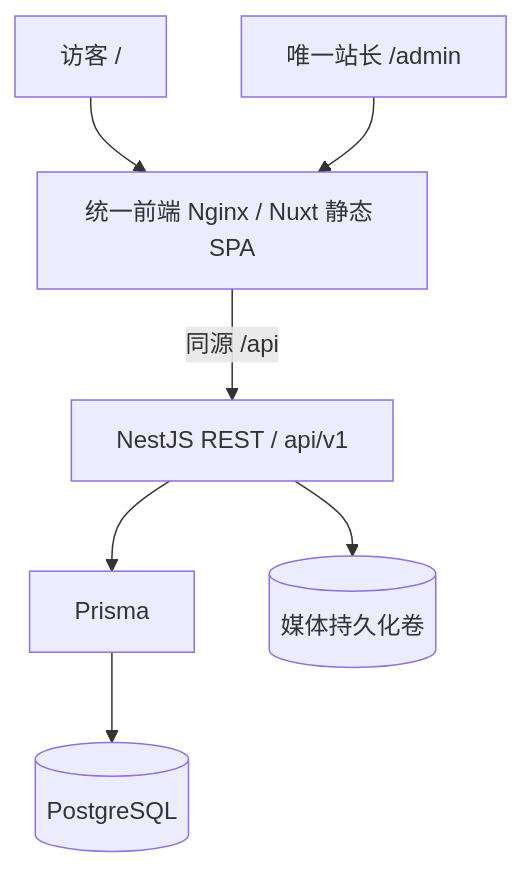
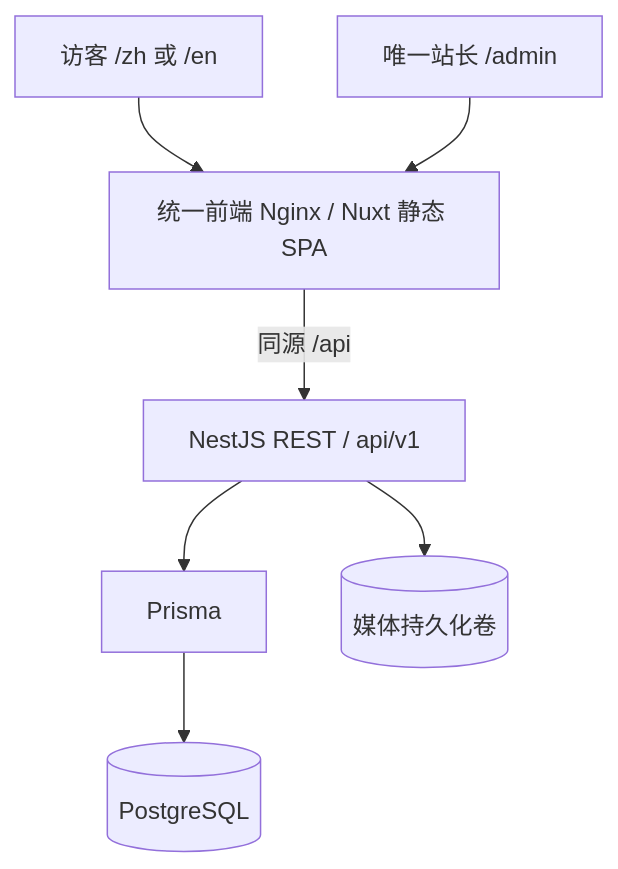
The diagram in docs/architecture.md (ahricool/cool), drawn with Mermaid before and after one commit. The commit also changed other lines of this file and 90 other files, not shown here.

````diff
--- a/docs/architecture.md
+++ b/docs/architecture.md
@@ -3,9 +3,9 @@
 ```mermaid
 flowchart TB
-  Visitor[访客 /] --> Frontend[统一前端 Nginx / Nuxt 静态 SPA]
+  Visitor[访客 /zh 或 /en] --> Frontend[统一前端 Nginx / Nuxt 静态 SPA]
   Owner[唯一站长 /admin] --> Frontend
   Frontend -->|同源 /api| API[NestJS REST / api/v1]
   API --> Prisma[Prisma]
   Prisma --> DB[(PostgreSQL)]
   API --> Media[(媒体持久化卷)]
 ```
````
